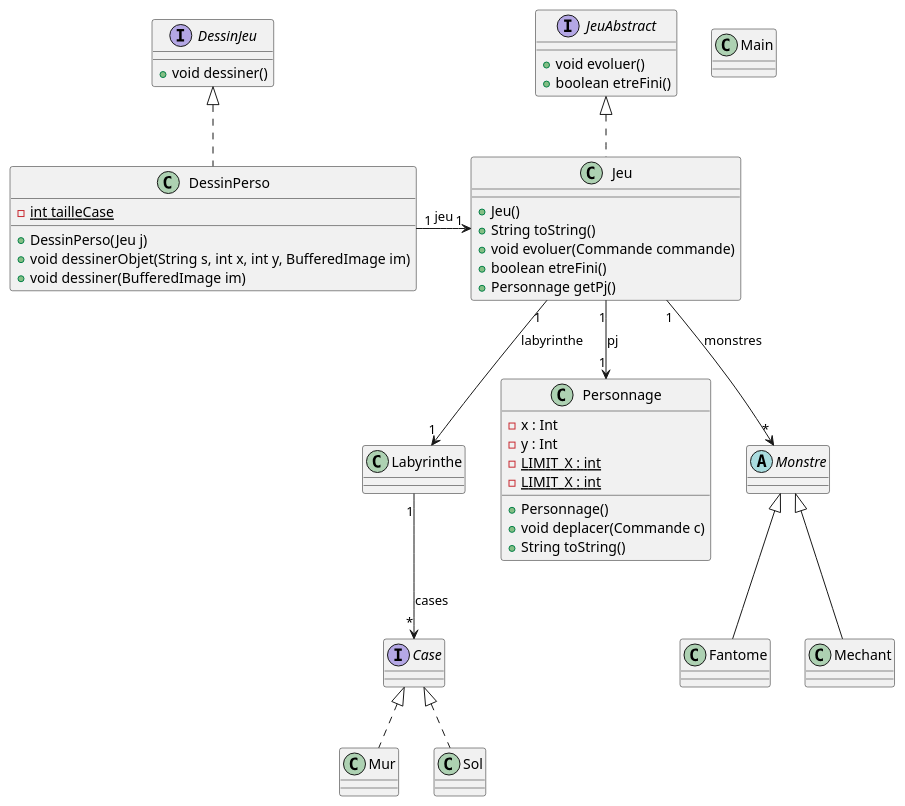
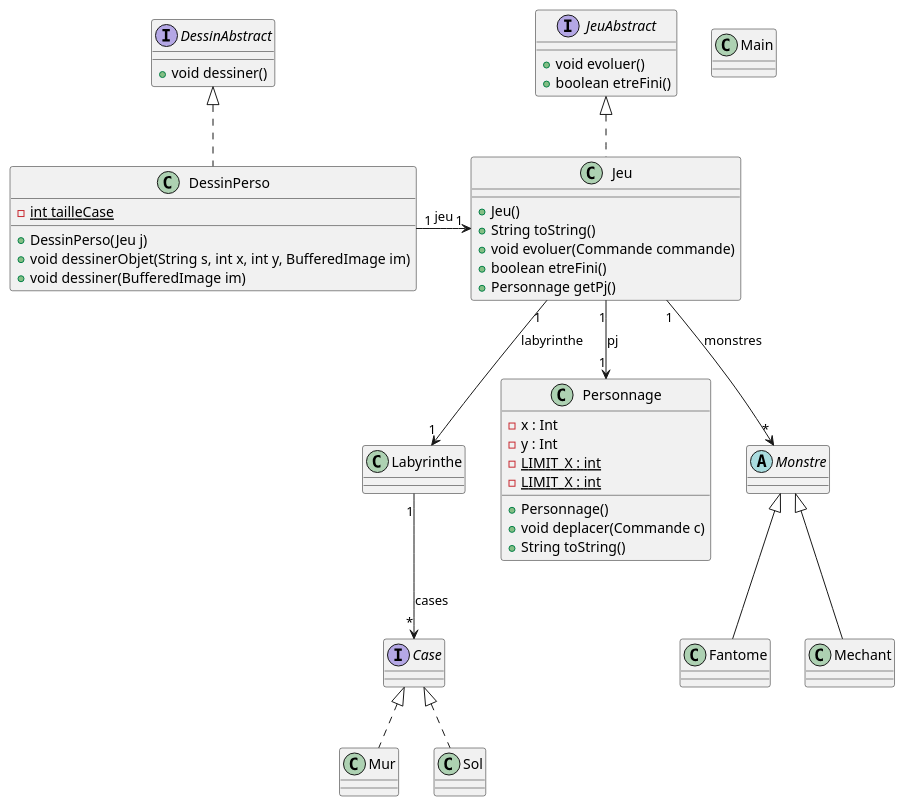
Before and after one commit to MichelGrolet/2d-game: the diagram in documents/version2/diagramme.puml, drawn with PlantUML.

```diff
--- a/documents/version2/diagramme.puml
+++ b/documents/version2/diagramme.puml
@@ -1,76 +1,75 @@
 @startuml
 
 class Labyrinthe {
 
 }
 Labyrinthe "1" --> "*" Case : cases
 
 interface Case {
 
 }
 
 class Mur implements Case {
 
 }
 
 class Sol implements Case {
 
 }
 
 class Personnage {
     - x : Int
     - y : Int
     - {static} LIMIT_X : int
     - {static} LIMIT_X : int
     + Personnage()
     + void deplacer(Commande c)
     + String toString()
 }
 
 abstract class Monstre {
 
 }
 
 class Fantome extends Monstre {
 
 }
 
 class Mechant extends Monstre {
 
 }
 
 interface JeuAbstract {
     + void evoluer()
     + boolean etreFini()
 }
 
-interface DessinJeu {
+interface DessinAbstract {
     + void dessiner()
 }
 
 Jeu "1" --> "1" Labyrinthe : labyrinthe
 Jeu "1" --> "1" Personnage : pj
 Jeu "1" --> "*" Monstre : monstres
 
 class Main {
 
 }
 
 class Jeu implements JeuAbstract {
     + Jeu()
     + String toString()
     + void evoluer(Commande commande)
     + boolean etreFini()
     + Personnage getPj()
 }
 
-class DessinPerso implements DessinJeu {
+class DessinPerso implements DessinAbstract {
     - {static} int tailleCase
     + DessinPerso(Jeu j)
     + void dessinerObjet(String s, int x, int y, BufferedImage im)
     + void dessiner(BufferedImage im)
 }
 DessinPerso "1" -> "1" Jeu : jeu
 
-
 @enduml
```
